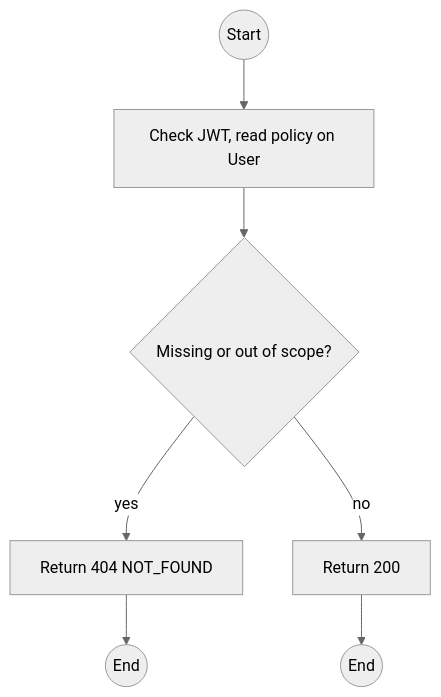
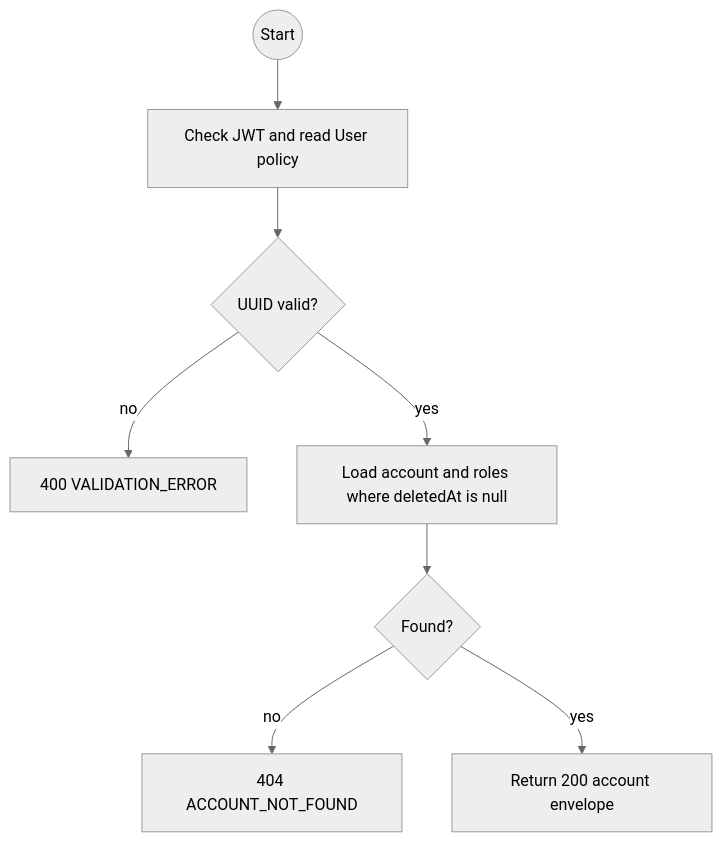
The first of 2 diagrams in specs/auth/api-design/12-get-users-detail.md (TrekLink-Team/treklink-web), drawn with Mermaid (neutral theme) before and after one commit. The commit also changed other lines of this file and 13 other files, not shown here.

````diff
--- a/specs/auth/api-design/12-get-users-detail.md
+++ b/specs/auth/api-design/12-get-users-detail.md
@@ -122,14 +76,10 @@
 ```mermaid
 flowchart TB
-    S((Start))
-    A1["Check JWT, read policy on User"]
-    S --> A1
-    D2{"Missing or out of scope?"}
-    A1 --> D2
-    E2["Return 404 NOT_FOUND"]
-    D2 -->|yes| E2
-    E2 --> X2((End))
-    OK["Return 200"]
-    D2 -->|no| OK
-    OK --> Z((End))
+    S((Start)) --> G[Check JWT and read User policy]
+    G --> V{UUID valid?}
+    V -->|no| E1[400 VALIDATION_ERROR]
+    V -->|yes| F[Load account and roles where deletedAt is null]
+    F --> X{Found?}
+    X -->|no| E2[404 ACCOUNT_NOT_FOUND]
+    X -->|yes| O[Return 200 account envelope]
 ```
````
